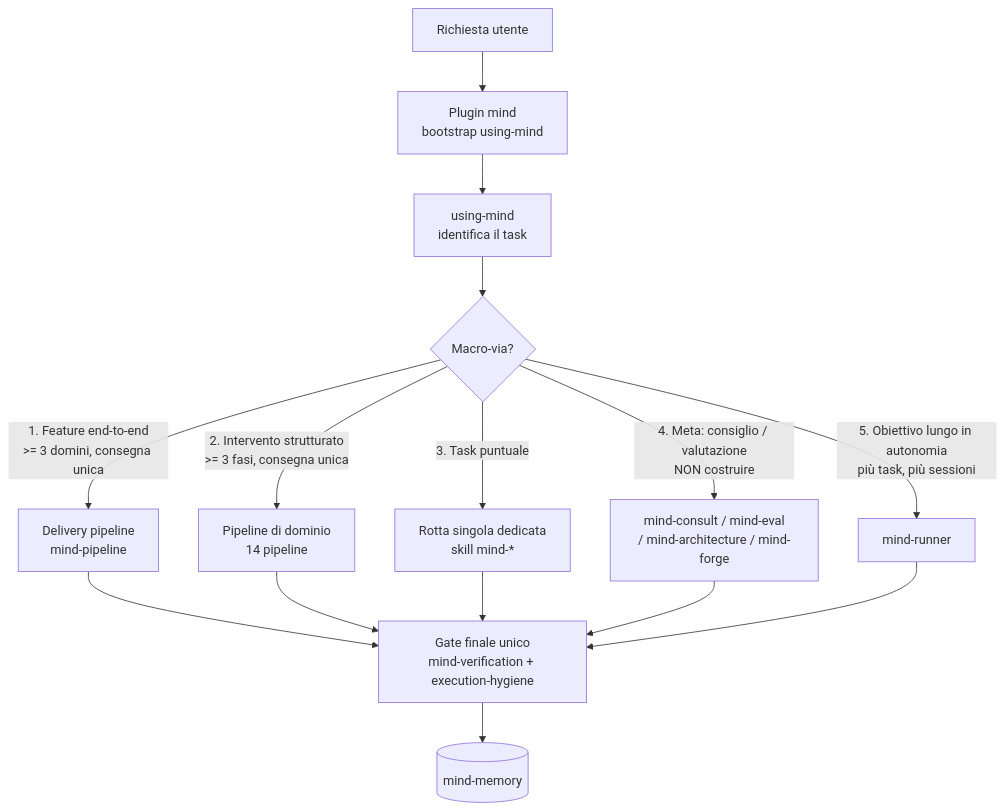
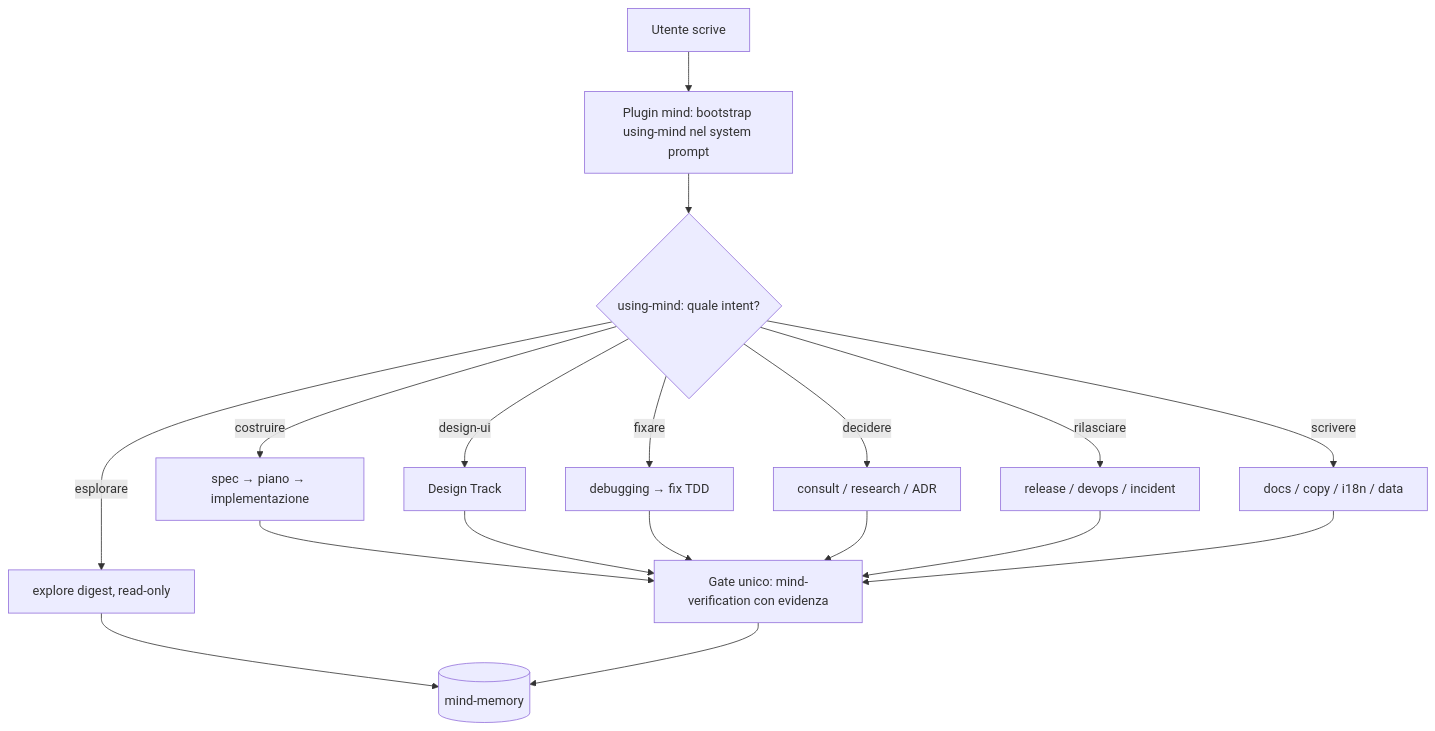
One commit to Kyriga-CGX/mind-system changed the first of 2 diagrams in README.md. Above: the diagram before and after it, drawn with Mermaid. The commit also changed other lines of this file and 2 other files, not shown here.

Commit message:
feat!: orchestratore v2 snello (7 intenti, 1 gate, Design Track) + README v2

````diff
--- a/README.md
+++ b/README.md
@@ -85,17 +40,20 @@
 ```mermaid
 flowchart TD
-    IN[Richiesta utente] --> P[Plugin mind<br/>bootstrap using-mind]
-    P --> O[using-mind<br/>identifica il task]
-    O --> D{Macro-via?}
-    D -->|1. Feature end-to-end<br/>>= 3 domini, consegna unica| M1[Delivery pipeline<br/>mind-pipeline]
-    D -->|2. Intervento strutturato<br/>>= 3 fasi, consegna unica| M2[Pipeline di dominio<br/>14 pipeline]
-    D -->|3. Task puntuale| M3[Rotta singola dedicata<br/>skill mind-*]
-    D -->|4. Meta: consiglio / valutazione<br/>NON costruire| M4[mind-consult / mind-eval<br/>/ mind-architecture / mind-forge]
-    D -->|5. Obiettivo lungo in autonomia<br/>più task, più sessioni| M5[mind-runner]
-    M1 --> G[Gate finale unico<br/>mind-verification + execution-hygiene]
-    M2 --> G
-    M3 --> G
-    M4 --> G
-    M5 --> G
-    G --> MEM[(mind-memory)]
+    U[Utente scrive] --> P[Plugin mind: bootstrap using-mind nel system prompt]
+    P --> O{using-mind: quale intent?}
+    O -->|costruire| C[spec → piano → implementazione]
+    O -->|design-ui| D[Design Track]
+    O -->|fixare| F[debugging → fix TDD]
+    O -->|esplorare| E[explore digest, read-only]
+    O -->|decidere| S[consult / research / ADR]
+    O -->|rilasciare| R[release / devops / incident]
+    O -->|scrivere| W[docs / copy / i18n / data]
+    C --> G[Gate unico: mind-verification con evidenza]
+    D --> G
+    F --> G
+    S --> G
+    R --> G
+    W --> G
+    E --> M[(mind-memory)]
+    G --> M
 ```
````
